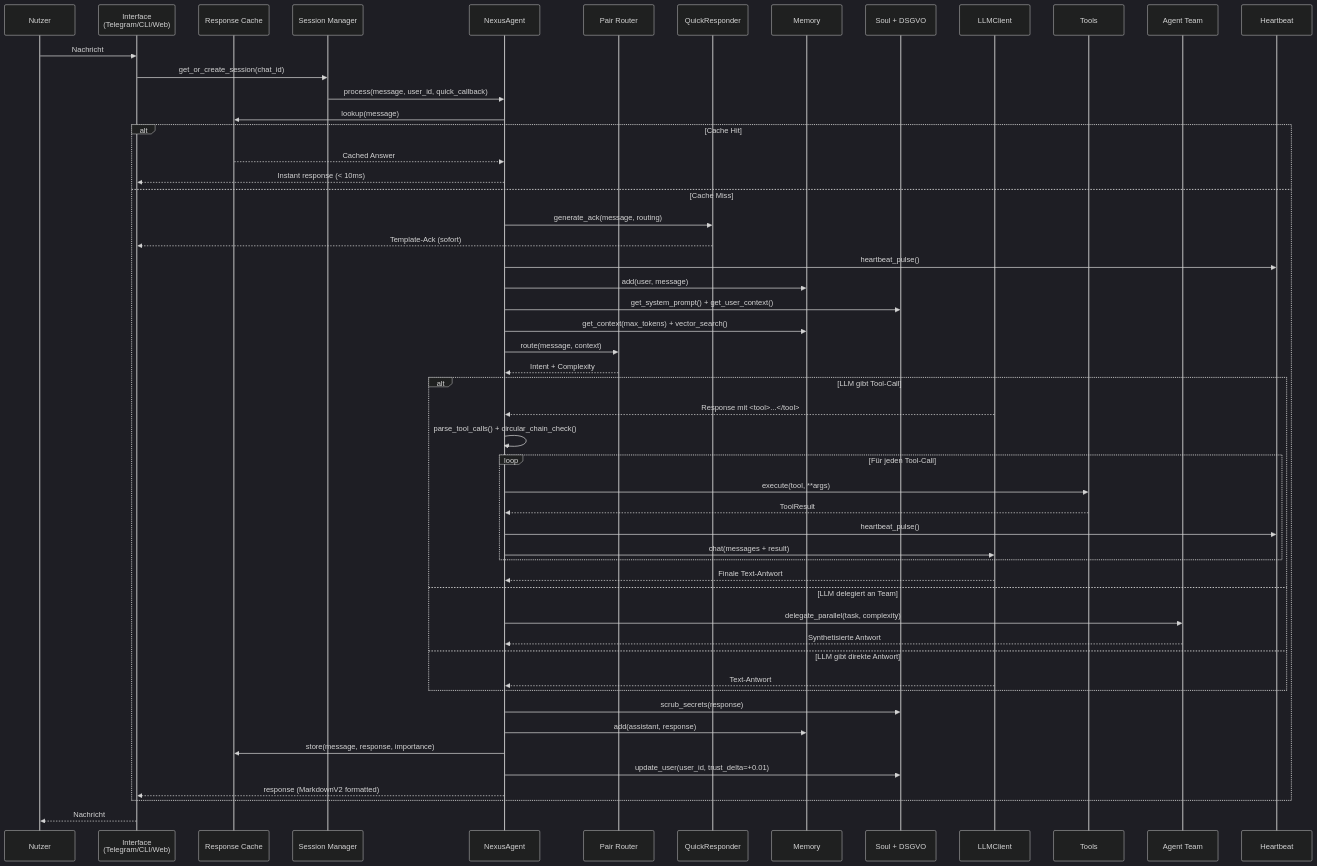
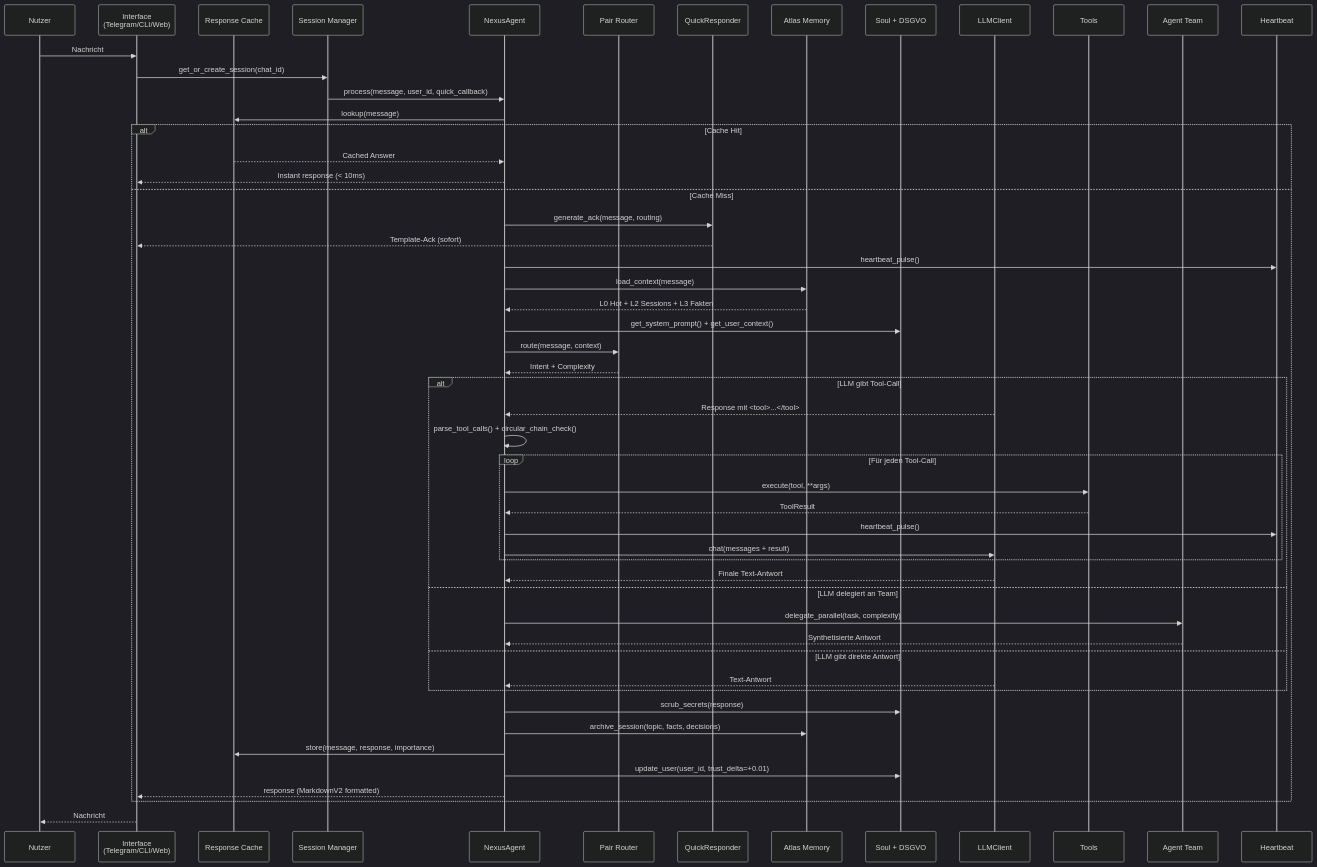
Before and after one commit to TitoPrausee/nexus-toti: the third of 9 diagrams in README.md, drawn with Mermaid (dark theme). The commit also changed other lines of this file and 16 other files, not shown here.

First line of the commit message:
v10.0: Atlas Git Memory System — 5 Layer, keine Kompression

````diff
--- a/README.md
+++ b/README.md
@@ -221,59 +245,59 @@
 ```mermaid
 sequenceDiagram
     participant U as Nutzer
     participant I as Interface<br/>(Telegram/CLI/Web)
     participant RC as Response Cache
     participant SM as Session Manager
     participant A as NexusAgent
     participant PR as Pair Router
     participant QR as QuickResponder
-    participant M as Memory
+    participant AM as Atlas Memory
     participant S as Soul + DSGVO
     participant L as LLMClient
     participant T as Tools
     participant TEAM as Agent Team
     participant HB as Heartbeat
 
     U->>I: Nachricht
     I->>SM: get_or_create_session(chat_id)
     SM->>A: process(message, user_id, quick_callback)
 
     A->>RC: lookup(message)
     alt Cache Hit
         RC-->>A: Cached Answer
         A-->>I: Instant response (< 10ms)
     else Cache Miss
         A->>QR: generate_ack(message, routing)
         QR-->>I: Template-Ack (sofort)
         A->>HB: heartbeat_pulse()
-        A->>M: add(user, message)
+        A->>AM: load_context(message)
+        AM-->>A: L0 Hot + L2 Sessions + L3 Fakten
         A->>S: get_system_prompt() + get_user_context()
-        A->>M: get_context(max_tokens) + vector_search()
         A->>PR: route(message, context)
         PR-->>A: Intent + Complexity
 
         alt LLM gibt Tool-Call
             L-->>A: Response mit <tool>...</tool>
             A->>A: parse_tool_calls() + circular_chain_check()
             loop Für jeden Tool-Call
                 A->>T: execute(tool, **args)
                 T-->>A: ToolResult
                 A->>HB: heartbeat_pulse()
                 A->>L: chat(messages + result)
             end
             L-->>A: Finale Text-Antwort
         else LLM delegiert an Team
             A->>TEAM: delegate_parallel(task, complexity)
             TEAM-->>A: Synthetisierte Antwort
         else LLM gibt direkte Antwort
             L-->>A: Text-Antwort
         end
 
         A->>S: scrub_secrets(response)
-        A->>M: add(assistant, response)
+        A->>AM: archive_session(topic, facts, decisions)
         A->>RC: store(message, response, importance)
         A->>S: update_user(user_id, trust_delta=+0.01)
         A-->>I: response (MarkdownV2 formatted)
     end
     I-->>U: Nachricht
 ```
````
